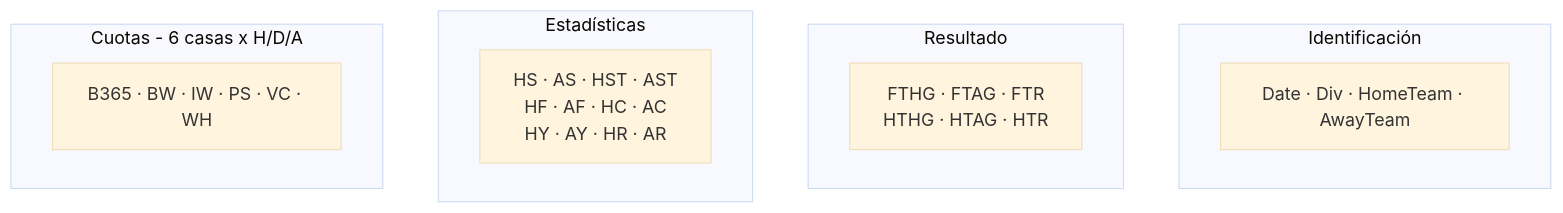
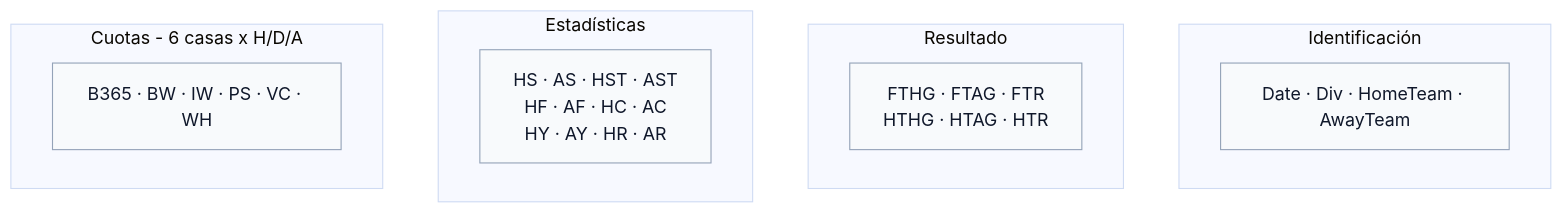
The second of 2 diagrams in docs/01_eda_por_liga.md (jorgepais02/PitchLens), drawn with Mermaid (base theme) before and after one commit. The commit also changed other lines of this file and 8 other files, not shown here.

````diff
--- a/docs/01_eda_por_liga.md
+++ b/docs/01_eda_por_liga.md
@@ -77,15 +81,19 @@
 ```mermaid
 graph TD
+    classDef grp fill:#f8fafc,stroke:#94a3b8,color:#0f172a
+
     subgraph id1 ["Identificación"]
         A[Date · Div · HomeTeam · AwayTeam]
     end
     subgraph id2 ["Resultado"]
-        B[FTHG · FTAG · FTR\nHTHG · HTAG · HTR]
+        B[FTHG · FTAG · FTR<br/>HTHG · HTAG · HTR]
     end
     subgraph id3 ["Estadísticas"]
-        C[HS · AS · HST · AST\nHF · AF · HC · AC\nHY · AY · HR · AR]
+        C[HS · AS · HST · AST<br/>HF · AF · HC · AC<br/>HY · AY · HR · AR]
     end
     subgraph id4 ["Cuotas - 6 casas x H/D/A"]
         D[B365 · BW · IW · PS · VC · WH]
     end
+
+    class A,B,C,D grp
 ```
````
